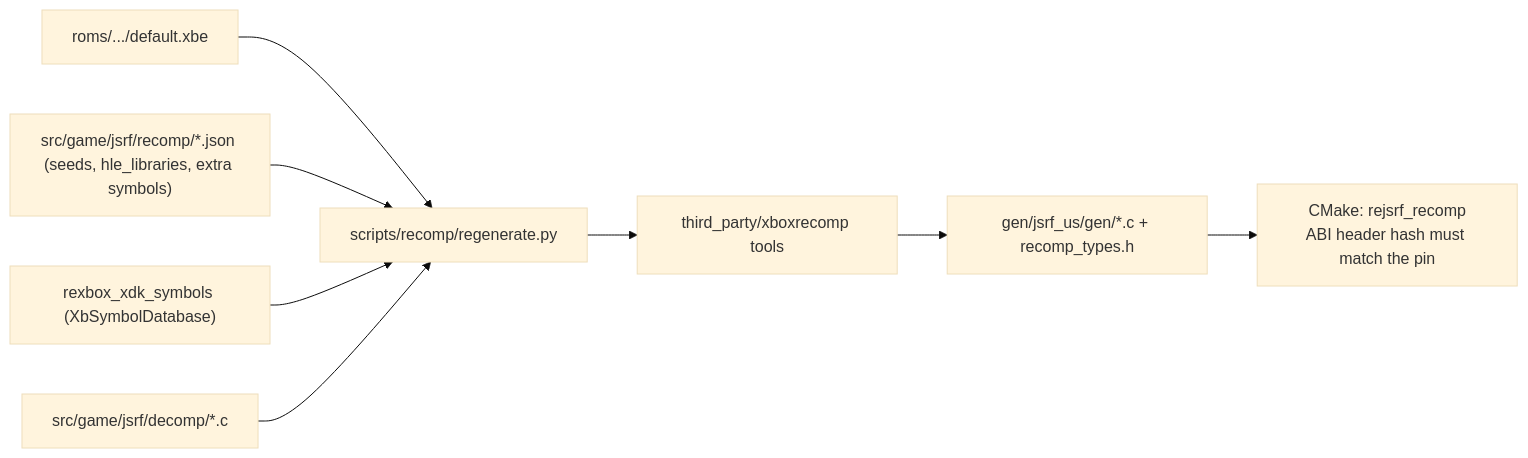
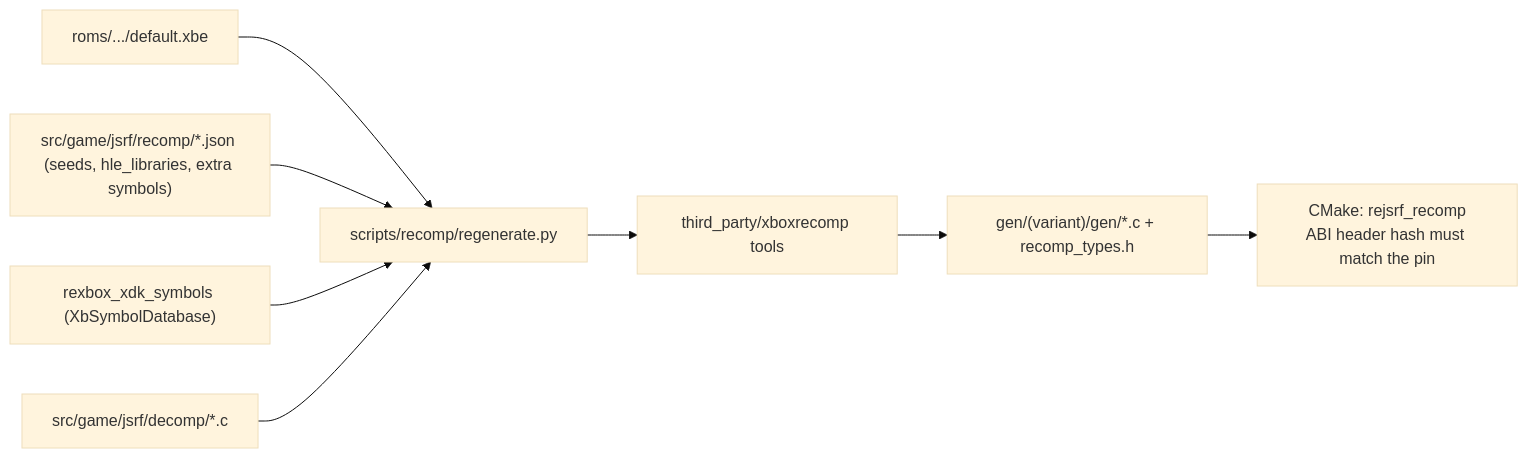
Before and after one commit to nworkers/reJSRF: the second of 3 diagrams in ARCHITECTURE.md, drawn with Mermaid (base theme). The commit also changed other lines of this file and 29 other files, not shown here.

````diff
--- a/ARCHITECTURE.md
+++ b/ARCHITECTURE.md
@@ -111,10 +111,10 @@
 ```mermaid
 flowchart LR
     XBE["roms/.../default.xbe"] --> REGEN["scripts/recomp/regenerate.py"]
     SEEDS["src/game/jsrf/recomp/*.json (seeds, hle_libraries, extra symbols)"] --> REGEN
     SYM["rexbox_xdk_symbols (XbSymbolDatabase)"] --> REGEN
     DECOMP["src/game/jsrf/decomp/*.c"] --> REGEN
     REGEN --> TOOLS["third_party/xboxrecomp tools"]
-    TOOLS --> GEN["gen/jsrf_us/gen/*.c + recomp_types.h"]
+    TOOLS --> GEN["gen/(variant)/gen/*.c + recomp_types.h"]
     GEN --> CMAKE["CMake: rejsrf_recomp<br/>ABI header hash must match the pin"]
 ```
````
